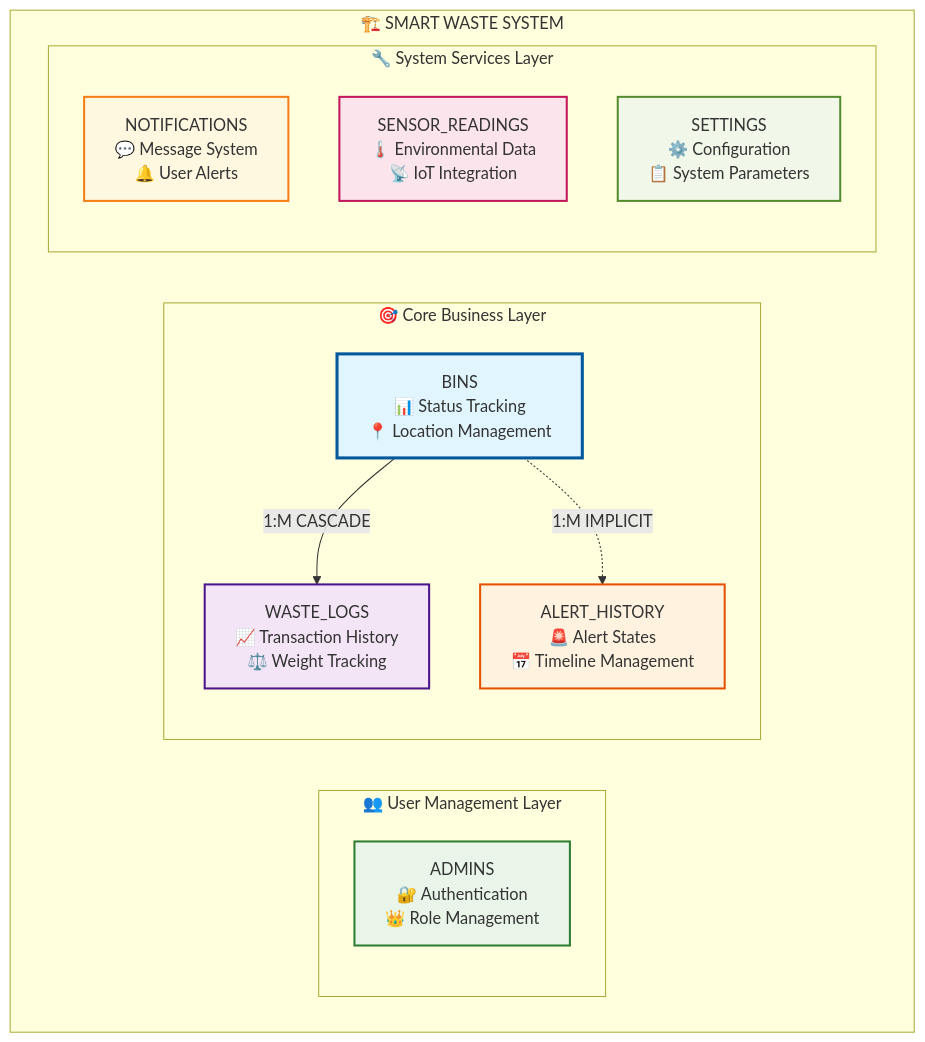
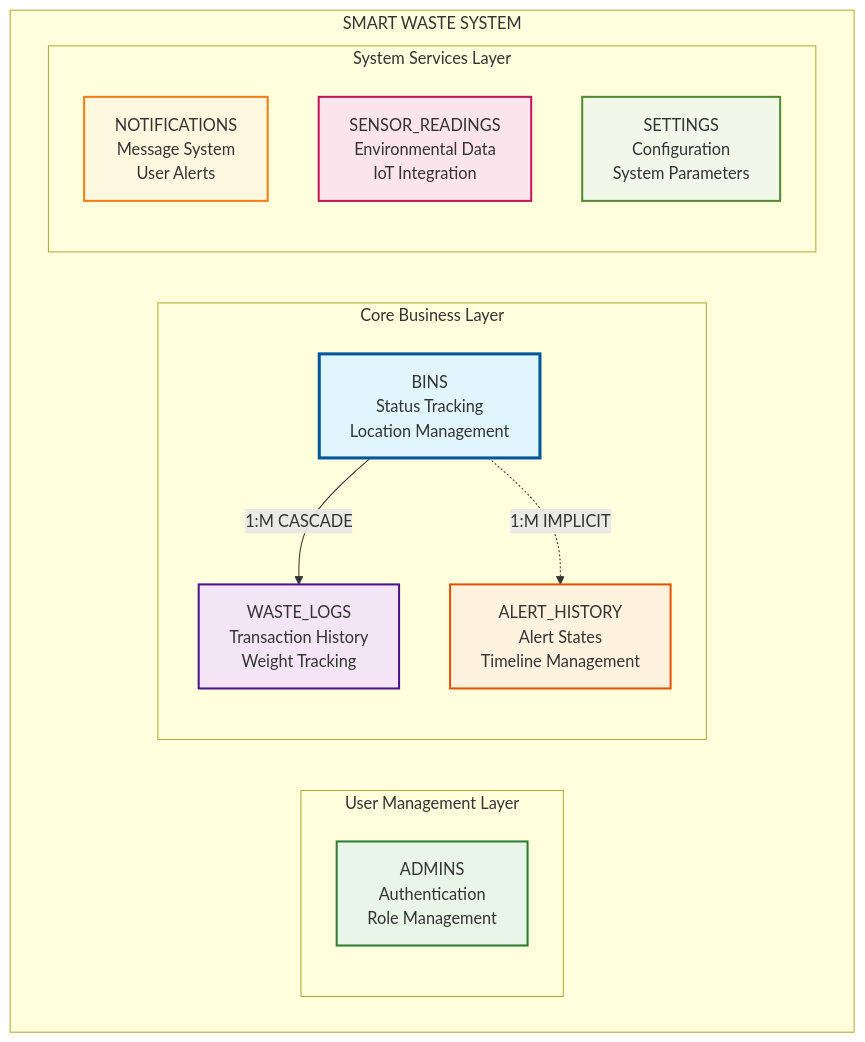
The first of 8 diagrams in docs/other system.md (gabnavph/Uniform-detection-system), drawn with Mermaid before and after one commit. The commit also changed other lines of this file, not shown here.

First line of the commit message:
Revise documentation for SMART WASTE SYSTEM

````diff
--- a/docs/other system.md
+++ b/docs/other system.md
@@ -16,31 +16,31 @@
 ```mermaid
 graph TB
-    subgraph "🏗️ SMART WASTE SYSTEM"
-        subgraph "👥 User Management Layer"
-            A[ADMINS<br/>🔐 Authentication<br/>👑 Role Management]
+    subgraph "SMART WASTE SYSTEM"
+        subgraph "User Management Layer"
+            A[ADMINS<br/>Authentication<br/>Role Management]
         end
         
-        subgraph "🎯 Core Business Layer"
-            B[BINS<br/>📊 Status Tracking<br/>📍 Location Management]
-            C[WASTE_LOGS<br/>📈 Transaction History<br/>⚖️ Weight Tracking]
-            D[ALERT_HISTORY<br/>🚨 Alert States<br/>📅 Timeline Management]
+        subgraph "Core Business Layer"
+            B[BINS<br/>Status Tracking<br/>Location Management]
+            C[WASTE_LOGS<br/>Transaction History<br/>Weight Tracking]
+            D[ALERT_HISTORY<br/>Alert States<br/>Timeline Management]
         end
         
-        subgraph "🔧 System Services Layer"
-            E[NOTIFICATIONS<br/>💬 Message System<br/>🔔 User Alerts]
-            F[SENSOR_READINGS<br/>🌡️ Environmental Data<br/>📡 IoT Integration]
-            G[SETTINGS<br/>⚙️ Configuration<br/>📋 System Parameters]
+        subgraph "System Services Layer"
+            E[NOTIFICATIONS<br/>Message System<br/>User Alerts]
+            F[SENSOR_READINGS<br/>Environmental Data<br/>IoT Integration]
+            G[SETTINGS<br/>Configuration<br/>System Parameters]
         end
     end
     
     B -->|1:M CASCADE| C
     B -.->|1:M IMPLICIT| D
     
     style B fill:#e1f5fe,stroke:#01579b,stroke-width:3px
     style C fill:#f3e5f5,stroke:#4a148c,stroke-width:2px
     style D fill:#fff3e0,stroke:#e65100,stroke-width:2px
     style A fill:#e8f5e8,stroke:#2e7d32,stroke-width:2px
     style E fill:#fff8e1,stroke:#f57f17,stroke-width:2px
     style F fill:#fce4ec,stroke:#c2185b,stroke-width:2px
     style G fill:#f1f8e9,stroke:#558b2f,stroke-width:2px
 ```
````
